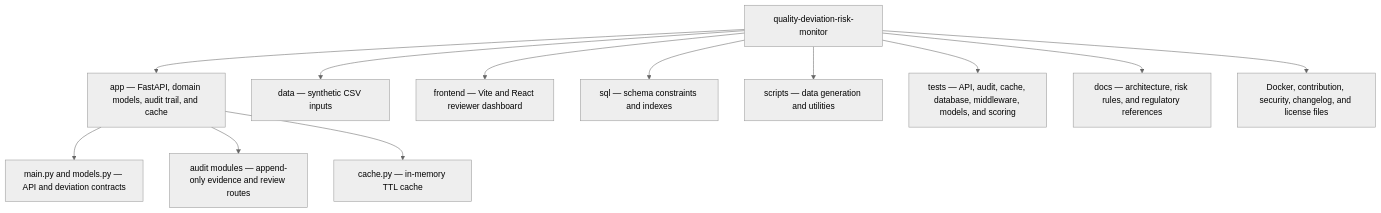
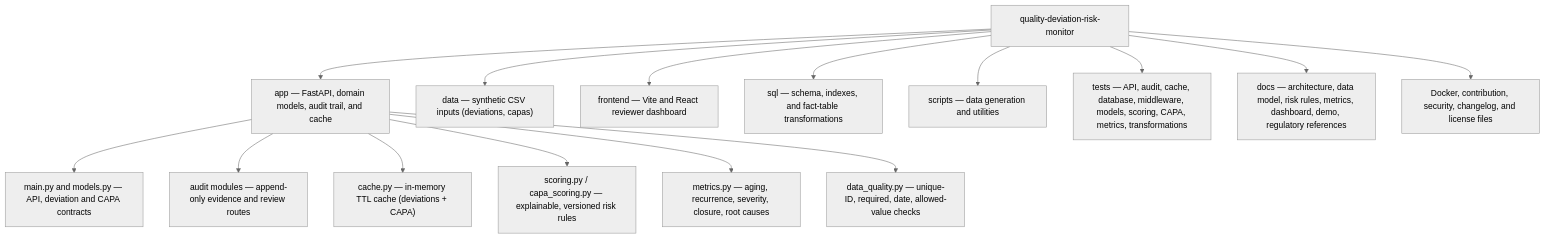
Before and after one commit to alianisreyesr/quality-deviation-risk-monitor: the second of 2 diagrams in README.md, drawn with Mermaid (neutral theme). The commit also changed other lines of this file and 37 other files, not shown here.

````diff
--- a/README.md
+++ b/README.md
@@ -176,15 +254,18 @@
 ```mermaid
 flowchart TB
   R["quality-deviation-risk-monitor"]
   R --> A["app — FastAPI, domain models, audit trail, and cache"]
-  A --> AA["main.py and models.py — API and deviation contracts"]
+  A --> AA["main.py and models.py — API, deviation and CAPA contracts"]
   A --> AB["audit modules — append-only evidence and review routes"]
-  A --> AC["cache.py — in-memory TTL cache"]
-  R --> D["data — synthetic CSV inputs"]
+  A --> AC["cache.py — in-memory TTL cache (deviations + CAPA)"]
+  A --> AD["scoring.py / capa_scoring.py — explainable, versioned risk rules"]
+  A --> AE["metrics.py — aging, recurrence, severity, closure, root causes"]
+  A --> AF["data_quality.py — unique-ID, required, date, allowed-value checks"]
+  R --> D["data — synthetic CSV inputs (deviations, capas)"]
   R --> F["frontend — Vite and React reviewer dashboard"]
-  R --> S["sql — schema constraints and indexes"]
+  R --> S["sql — schema, indexes, and fact-table transformations"]
   R --> U["scripts — data generation and utilities"]
-  R --> T["tests — API, audit, cache, database, middleware, models, and scoring"]
-  R --> O["docs — architecture, risk rules, and regulatory references"]
+  R --> T["tests — API, audit, cache, database, middleware, models, scoring, CAPA, metrics, transformations"]
+  R --> O["docs — architecture, data model, risk rules, metrics, dashboard, demo, regulatory references"]
   R --> P["Docker, contribution, security, changelog, and license files"]
 ```
````
